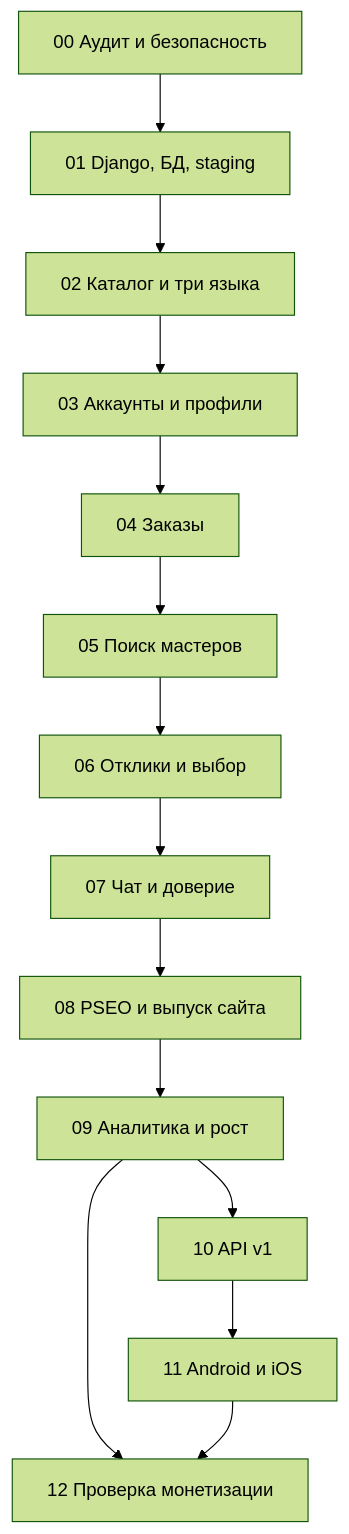
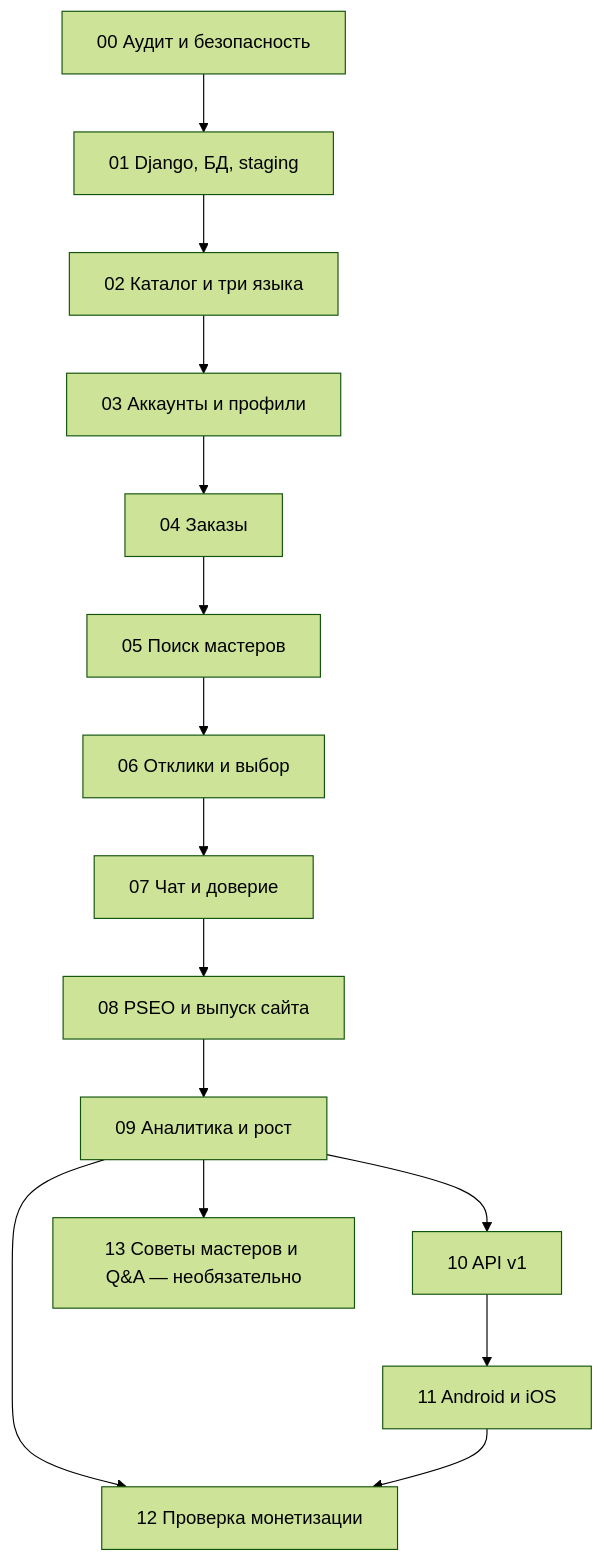
The diagram in docs/ROADMAP.md (maxim9362/zemiPro_site_django), drawn with Mermaid (forest theme) before and after one commit. The commit also changed other lines of this file and 5 other files, not shown here.

Commit message:
docs: sync expert knowledge stage 13 across ZemiPro specs and roadmap

````diff
--- a/docs/ROADMAP.md
+++ b/docs/ROADMAP.md
@@ -71,16 +74,17 @@
 ```mermaid
 flowchart TD
     A[00 Аудит и безопасность] --> B[01 Django, БД, staging]
     B --> C[02 Каталог и три языка]
     C --> D[03 Аккаунты и профили]
     D --> E[04 Заказы]
     E --> F[05 Поиск мастеров]
     F --> G[06 Отклики и выбор]
     G --> H[07 Чат и доверие]
     H --> I[08 PSEO и выпуск сайта]
     I --> J[09 Аналитика и рост]
     J --> K[10 API v1]
     K --> L[11 Android и iOS]
     J --> M[12 Проверка монетизации]
+    J --> N[13 Советы мастеров и Q&A — необязательно]
     L --> M
 ```
````
